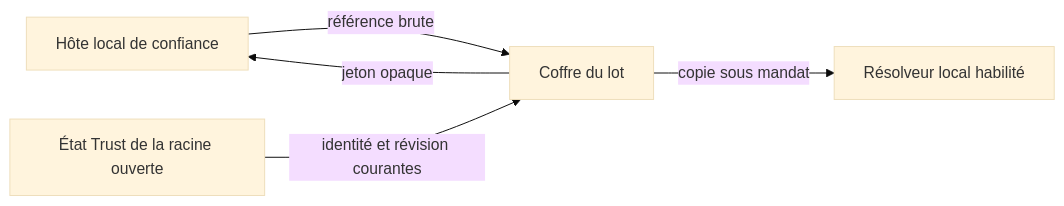
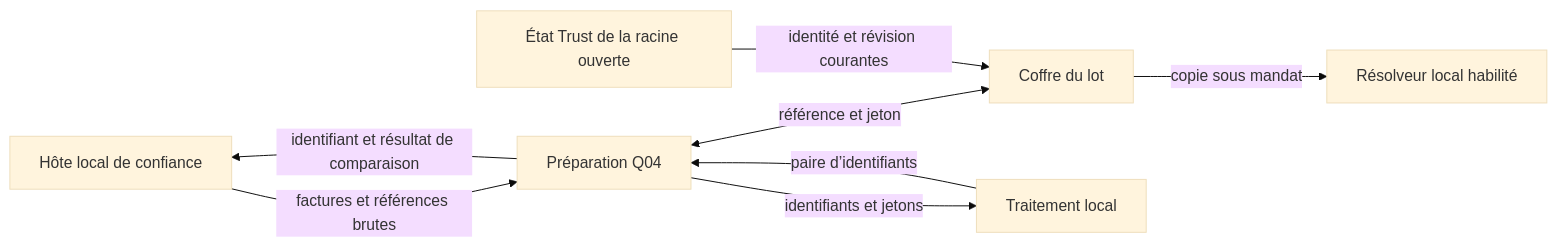
One commit to mo0ogly/swarm changed the diagram in docs/architecture/P02-TOKEN-VAULT.md. Above: the diagram before and after it, drawn with Mermaid (base theme). The commit also changed other lines of this file and 10 other files, not shown here.

````diff
--- a/docs/architecture/P02-TOKEN-VAULT.md
+++ b/docs/architecture/P02-TOKEN-VAULT.md
@@ -12,7 +14,10 @@
 ```mermaid
 flowchart LR
-  A[Hôte local de confiance] -->|référence brute| V[Coffre du lot]
-  V -->|jeton opaque| A
+  A[Hôte local de confiance] -->|factures et références brutes| F[Préparation Q04]
+  F <-->|référence et jeton| V[Coffre du lot]
   T[État Trust de la racine ouverte] -->|identité et révision courantes| V
+  F -->|identifiants et jetons| P[Traitement local]
+  P -->|paire d’identifiants| F
+  F -->|identifiant et résultat de comparaison| A
   V -->|copie sous mandat| R[Résolveur local habilité]
 ```
````
